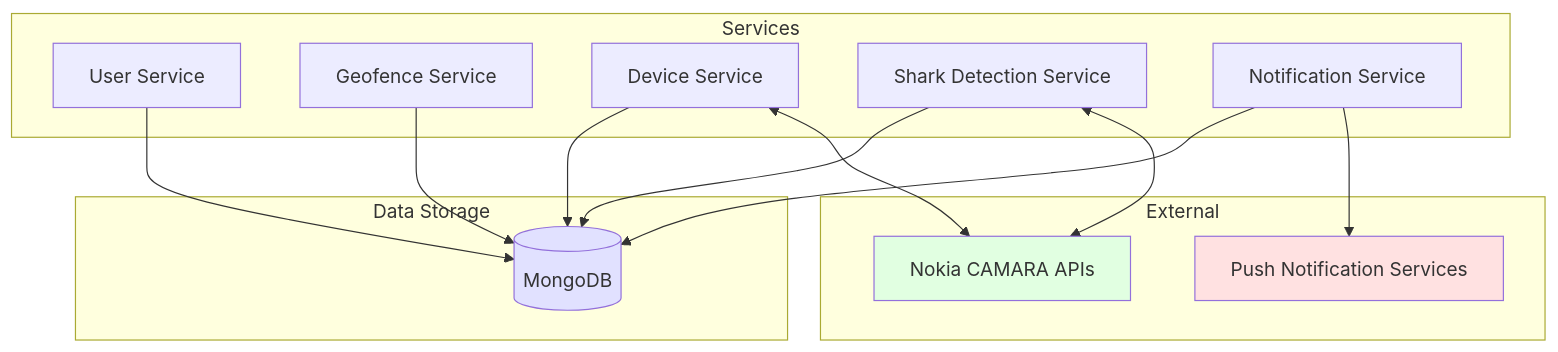
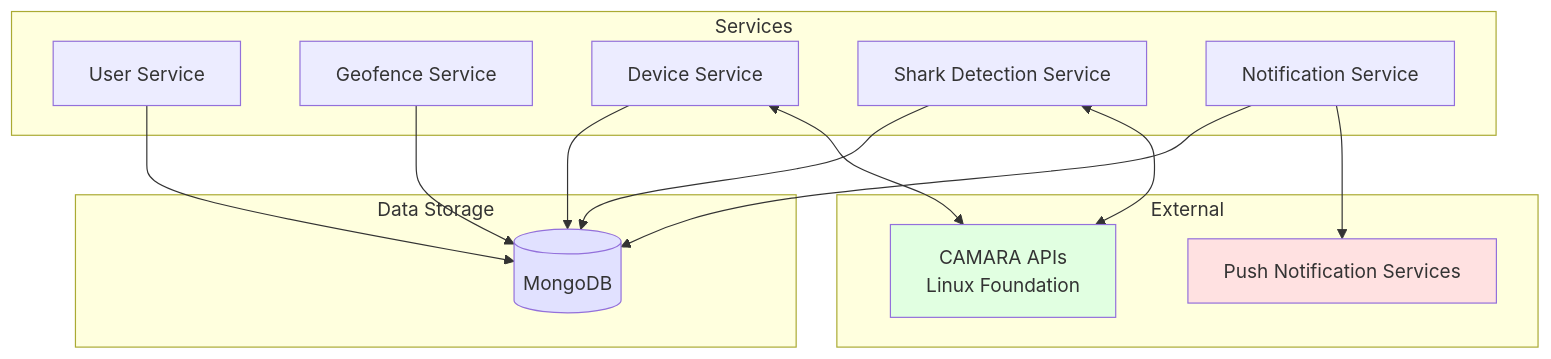
Before and after one commit to samene/surfers: the eighth of 8 diagrams in docs/ARCHITECTURE.md, drawn with Mermaid. The commit also changed other lines of this file and 9 other files, not shown here.

````diff
--- a/docs/ARCHITECTURE.md
+++ b/docs/ARCHITECTURE.md
@@ -301,33 +303,33 @@
 ```mermaid
 graph TD
     subgraph "Data Storage"
         MongoDB[(MongoDB)]
     end
     
     subgraph "Services"
         UserSvc[User Service]
         GeoSvc[Geofence Service]
         DevSvc[Device Service]
         SharkSvc[Shark Detection Service]
         NotifSvc[Notification Service]
     end
     
     subgraph "External"
-        CAMARA[Nokia CAMARA APIs]
+        CAMARA[CAMARA APIs<br/>Linux Foundation]
         Push[Push Notification Services]
     end
     
     UserSvc --> MongoDB
     GeoSvc --> MongoDB
     DevSvc --> MongoDB
     SharkSvc --> MongoDB
     NotifSvc --> MongoDB
     
     DevSvc <--> CAMARA
     SharkSvc <--> CAMARA
     NotifSvc --> Push
     
     style MongoDB fill:#e1e1ff
     style CAMARA fill:#e1ffe1
     style Push fill:#ffe1e1
 ```
````
